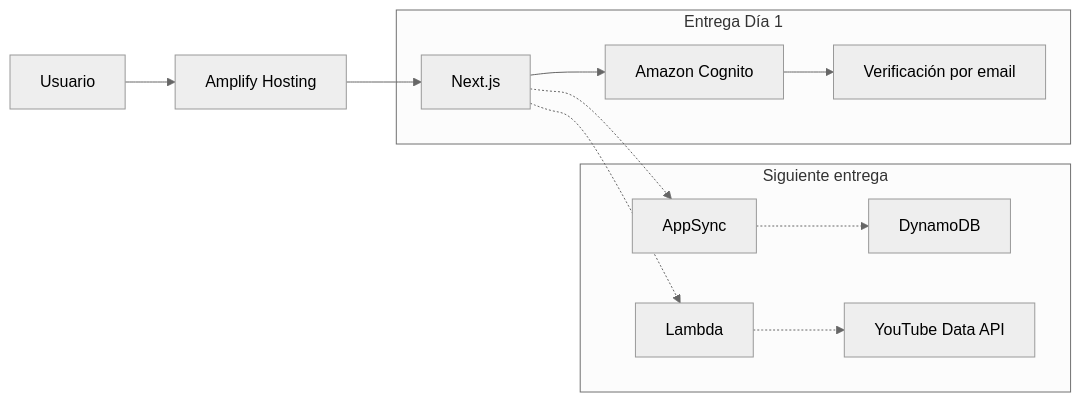
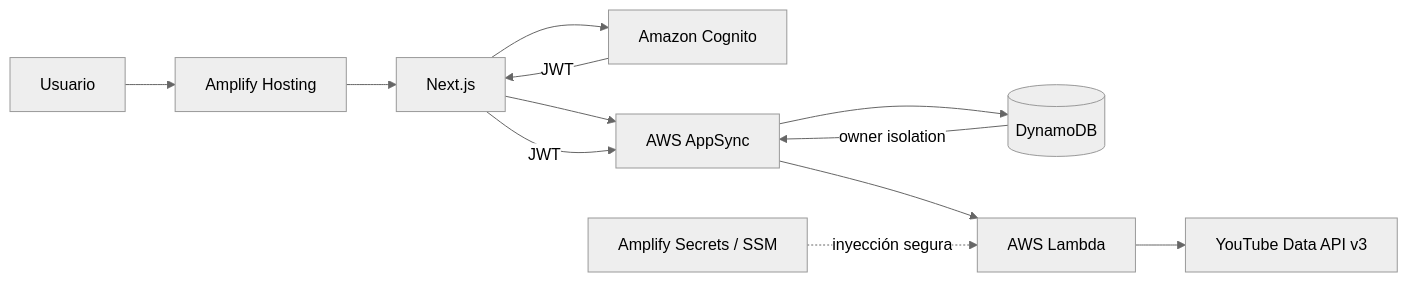
Before and after one commit to IsmaelPrado/innovatube-reto: the diagram in README.md, drawn with Mermaid (neutral theme). The commit also changed other lines of this file, not shown here.

Commit message:
docs: document day 2 architecture and operations

````diff
--- a/README.md
+++ b/README.md
@@ -26,20 +34,15 @@
 ```mermaid
 flowchart LR
     U[Usuario] --> H[Amplify Hosting]
     H --> N[Next.js]
     N --> C[Amazon Cognito]
-    C --> E[Verificación por email]
+    N --> A[AWS AppSync]
+    A --> D[(DynamoDB)]
+    A --> L[AWS Lambda]
+    L --> Y[YouTube Data API v3]
+    S[Amplify Secrets / SSM] -. inyección segura .-> L
 
-    subgraph "Entrega Día 1"
-      N
-      C
-      E
-    end
-
-    subgraph "Siguiente entrega"
-      N -.-> A[AppSync]
-      A -.-> D[DynamoDB]
-      N -.-> L[Lambda]
-      L -.-> Y[YouTube Data API]
-    end
+    C -->|JWT| N
+    N -->|JWT| A
+    D -->|owner isolation| A
 ```
````
